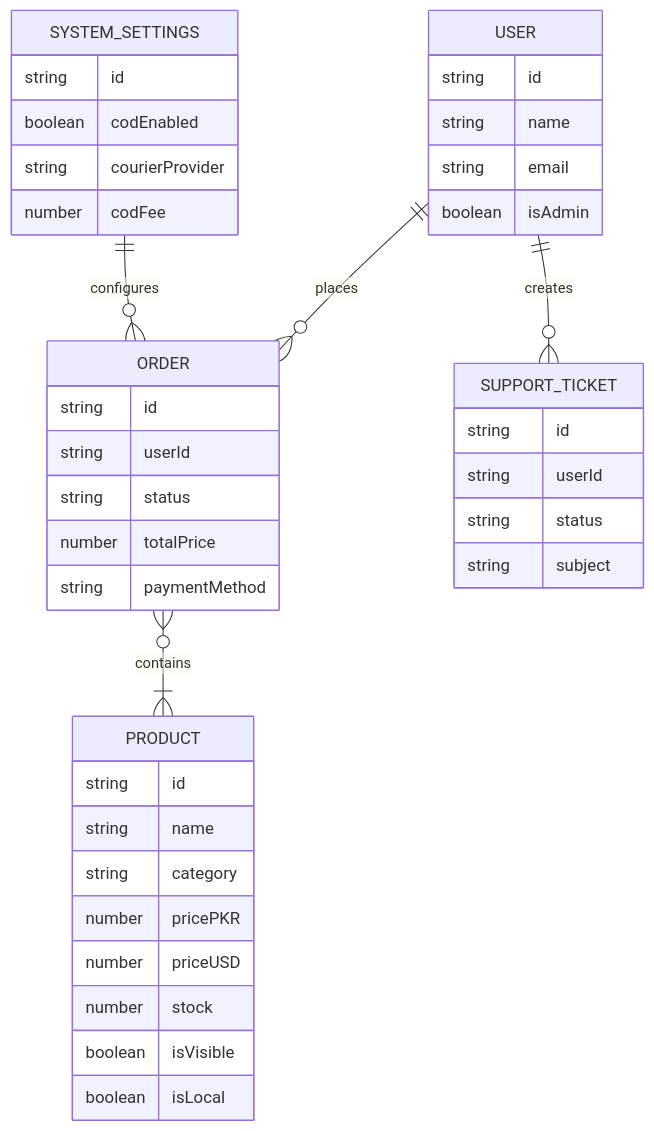
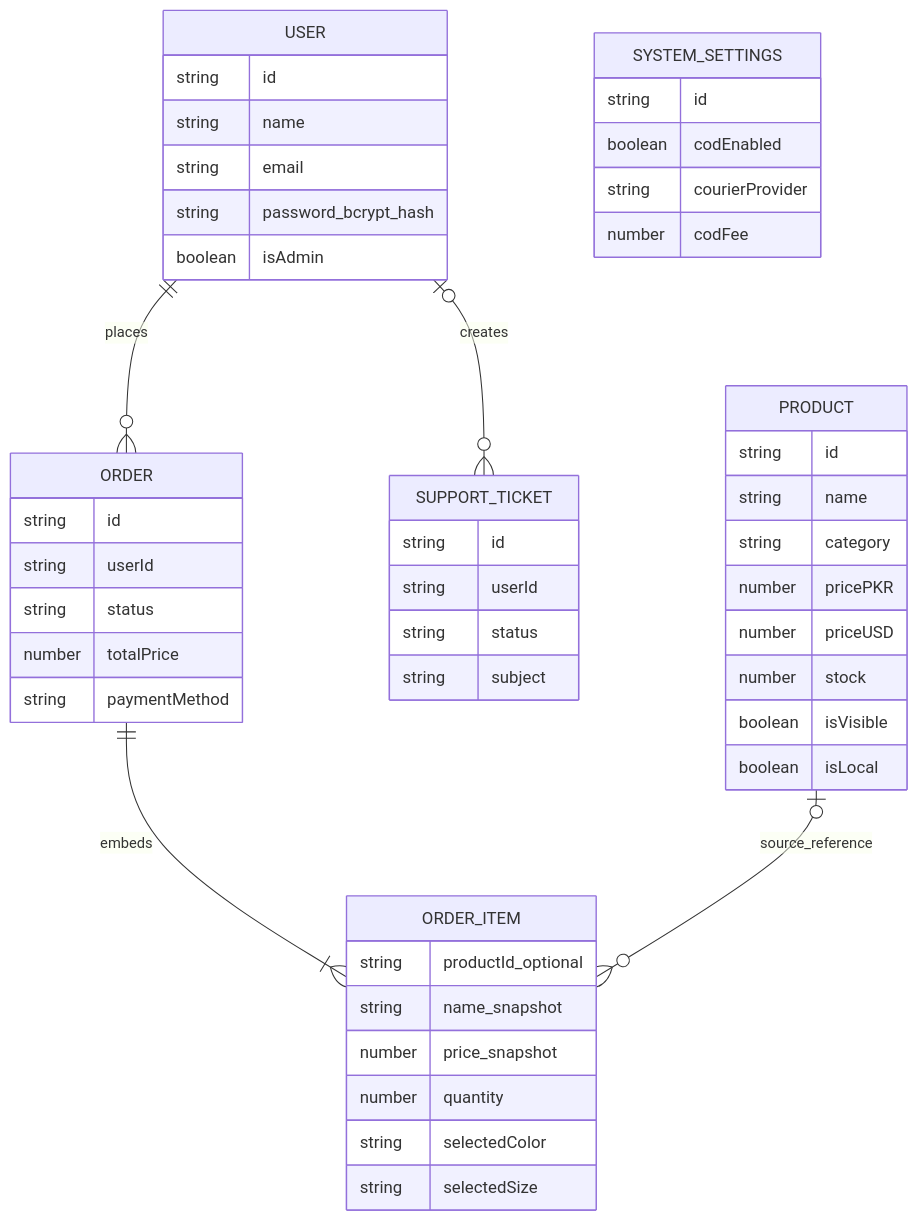
The fourth of 4 diagrams in docs/ARCHITECTURE.md (arbazfareed/e-commerce), drawn with Mermaid before and after one commit. The commit also changed other lines of this file and 28 other files, not shown here.

````diff
--- a/docs/ARCHITECTURE.md
+++ b/docs/ARCHITECTURE.md
@@ -92,43 +95,52 @@
 ```mermaid
 erDiagram
     USER ||--o{ ORDER : places
-    USER ||--o{ SUPPORT_TICKET : creates
-    ORDER }o--|{ PRODUCT : contains
-    SYSTEM_SETTINGS ||--o{ ORDER : configures
+    USER o|--o{ SUPPORT_TICKET : creates
+    ORDER ||--|{ ORDER_ITEM : embeds
+    PRODUCT o|--o{ ORDER_ITEM : source_reference
 
     USER {
         string id
         string name
         string email
+        string password_bcrypt_hash
         boolean isAdmin
     }
     PRODUCT {
         string id
         string name
         string category
         number pricePKR
         number priceUSD
         number stock
         boolean isVisible
         boolean isLocal
+    }
+    ORDER_ITEM {
+        string productId_optional
+        string name_snapshot
+        number price_snapshot
+        number quantity
+        string selectedColor
+        string selectedSize
     }
     ORDER {
         string id
         string userId
         string status
         number totalPrice
         string paymentMethod
     }
     SUPPORT_TICKET {
         string id
         string userId
         string status
         string subject
     }
     SYSTEM_SETTINGS {
         string id
         boolean codEnabled
         string courierProvider
         number codFee
     }
 ```
````
